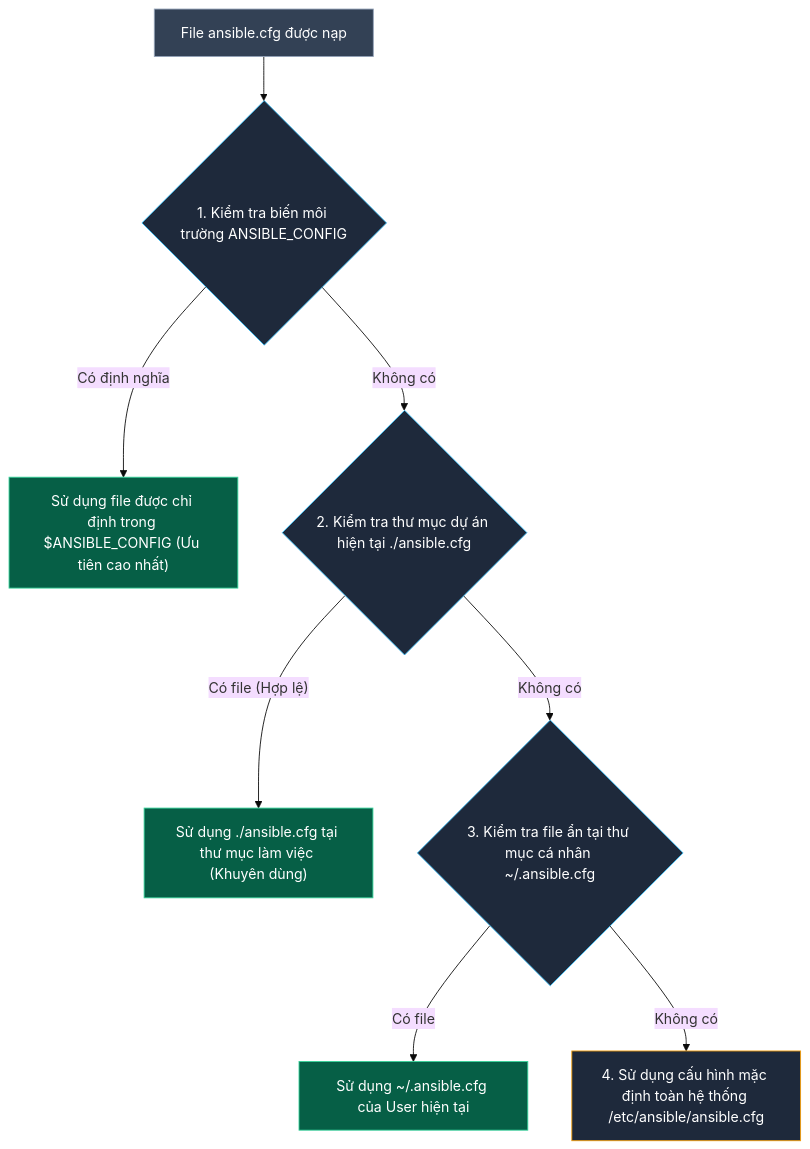
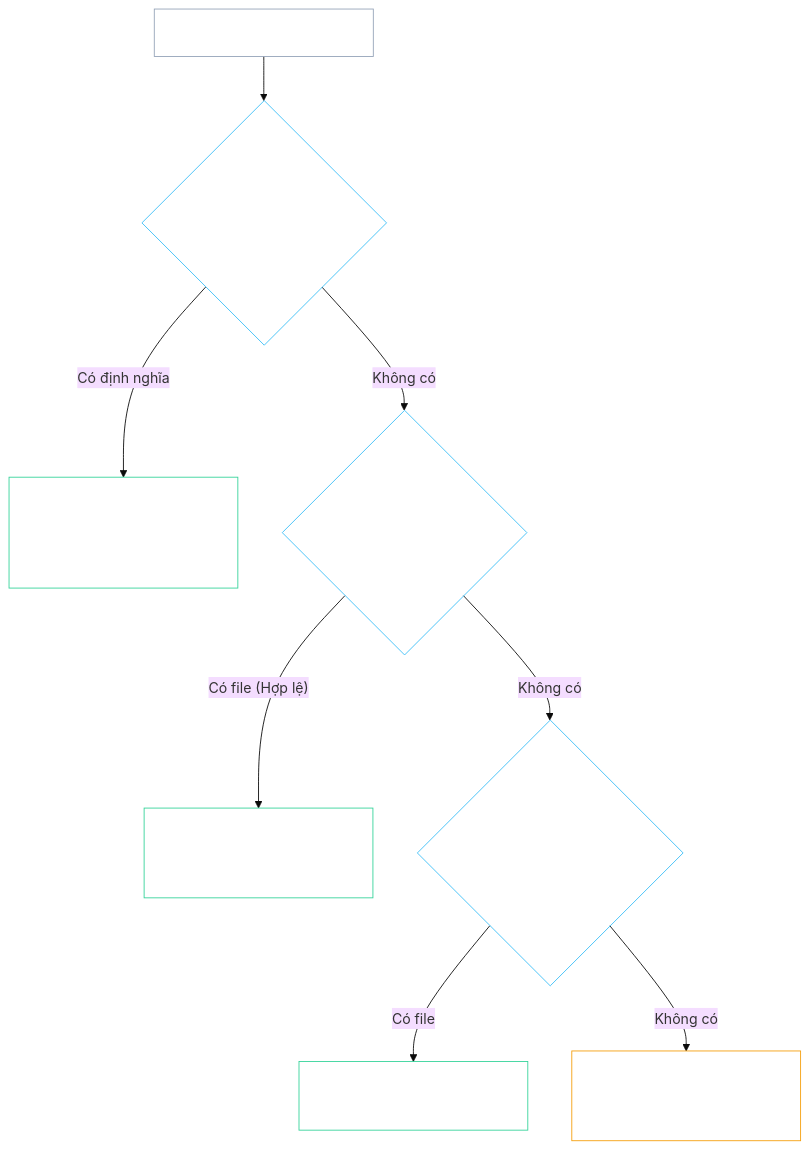
Before and after one commit to kiennt308/ntk: the second of 3 diagrams in _posts/2026-09-13-ansible-02-02-cai-dat-kien-truc-ad-hoc.md, drawn with Mermaid (base theme). The commit also changed other lines of this file and 161 other files, not shown here.

````diff
--- a/_posts/2026-09-13-ansible-02-02-cai-dat-kien-truc-ad-hoc.md
+++ b/_posts/2026-09-13-ansible-02-02-cai-dat-kien-truc-ad-hoc.md
@@ -83,19 +83,19 @@
 ```mermaid
 graph TD
     A["File ansible.cfg được nạp"] --> B{"1. Kiểm tra biến môi trường ANSIBLE_CONFIG"}
     B -- "Có định nghĩa" --> C["Sử dụng file được chỉ định trong $ANSIBLE_CONFIG (Ưu tiên cao nhất)"]
     B -- "Không có" --> D{"2. Kiểm tra thư mục dự án hiện tại ./ansible.cfg"}
     D -- "Có file (Hợp lệ)" --> E["Sử dụng ./ansible.cfg tại thư mục làm việc (Khuyên dùng)"]
     D -- "Không có" --> F{"3. Kiểm tra file ẩn tại thư mục cá nhân ~/.ansible.cfg"}
     F -- "Có file" --> G["Sử dụng ~/.ansible.cfg của User hiện tại"]
     F -- "Không có" --> H["4. Sử dụng cấu hình mặc định toàn hệ thống /etc/ansible/ansible.cfg"]
 
-    style A fill:#334155,stroke:#94a3b8,color:#fff
-    style B fill:#1e293b,stroke:#38bdf8,color:#fff
-    style C fill:#065f46,stroke:#34d399,color:#fff
-    style D fill:#1e293b,stroke:#38bdf8,color:#fff
-    style E fill:#065f46,stroke:#34d399,color:#fff
-    style F fill:#1e293b,stroke:#38bdf8,color:#fff
-    style G fill:#065f46,stroke:#34d399,color:#fff
-    style H fill:#1e293b,stroke:#f59e0b,color:#fff
+    style A fill:none,stroke:#94a3b8,color:#fff
+    style B fill:none,stroke:#38bdf8,color:#fff
+    style C fill:none,stroke:#34d399,color:#fff
+    style D fill:none,stroke:#38bdf8,color:#fff
+    style E fill:none,stroke:#34d399,color:#fff
+    style F fill:none,stroke:#38bdf8,color:#fff
+    style G fill:none,stroke:#34d399,color:#fff
+    style H fill:none,stroke:#f59e0b,color:#fff
 ```
````
